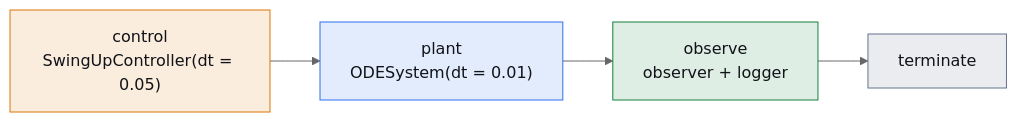
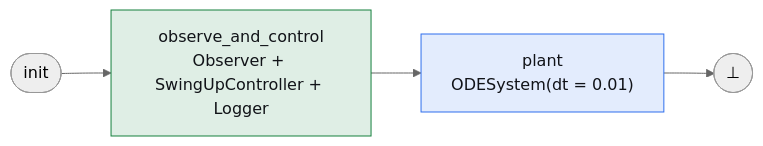
The first of 2 diagrams in docs/examples/controlled_pendulum.md (aidagroup/regelum), drawn with Mermaid (neutral theme) before and after one commit. The commit also changed other lines of this file and 11 other files, not shown here.

````diff
--- a/docs/examples/controlled_pendulum.md
+++ b/docs/examples/controlled_pendulum.md
@@ -50,15 +202,11 @@
 ```mermaid
 flowchart LR
-    control["control<br/>SwingUpController(dt = 0.05)"] --> plant["plant<br/>ODESystem(dt = 0.01)"]
-    plant --> observe["observe<br/>observer + logger"]
-    observe --> stop["terminate"]
+    init([init]) --> observeControl["observe_and_control<br/>Observer + SwingUpController + Logger"]
+    observeControl --> plant["plant<br/>ODESystem(dt = 0.01)"]
+    plant --> done([⊥])
 
-    classDef control fill:#d9770622,stroke:#d97706,color:#111318
+    classDef observeControl fill:#15803d22,stroke:#15803d,color:#111318
     classDef plant fill:#2f6fed22,stroke:#2f6fed,color:#111318
-    classDef observe fill:#15803d22,stroke:#15803d,color:#111318
-    classDef stop fill:#64748b22,stroke:#64748b,color:#111318
-    class control control
+    class observeControl observeControl
     class plant plant
-    class observe observe
-    class stop stop
 ```
````
